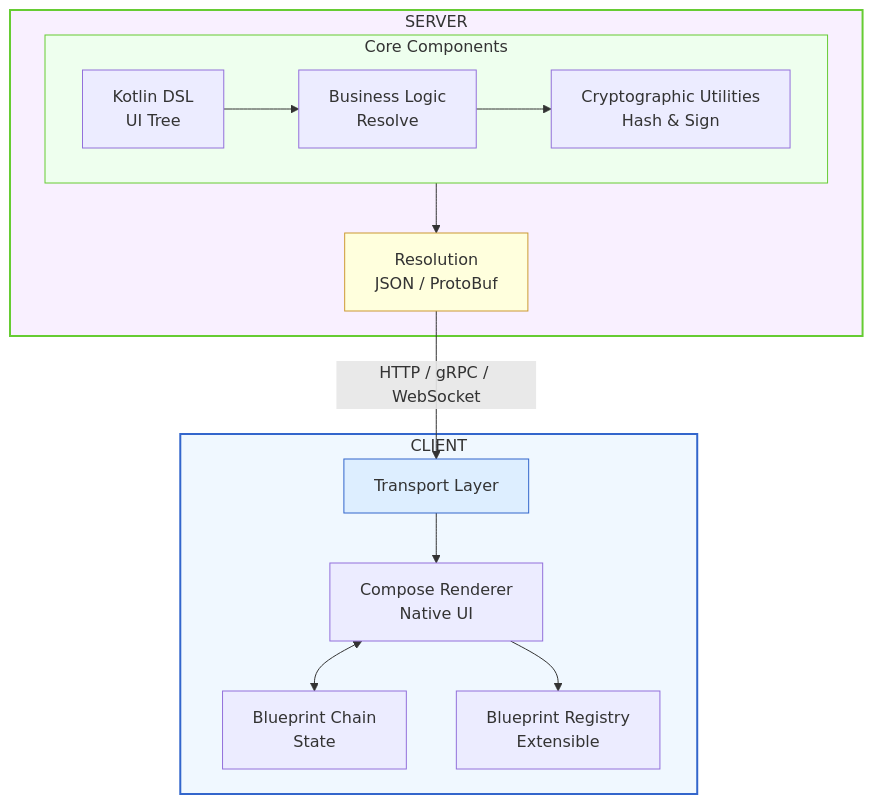
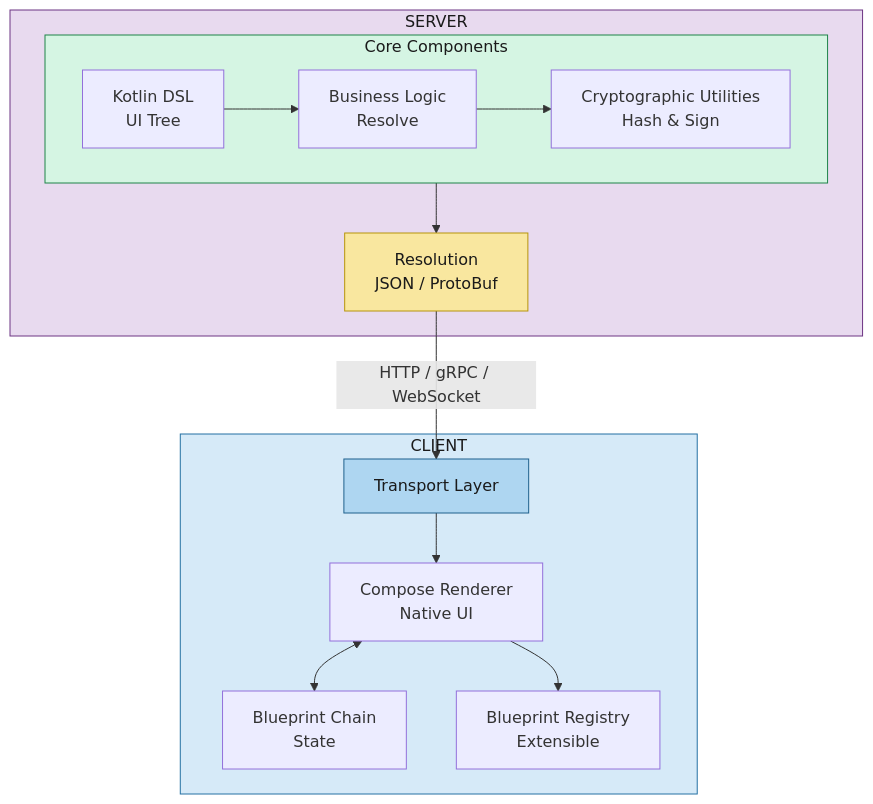
One commit to numq/blueprint changed the diagram in README.md. Above: the diagram before and after it, drawn with Mermaid.

````diff
--- a/README.md
+++ b/README.md
@@ -46,26 +46,26 @@
 ```mermaid
 graph TD
     subgraph Server [SERVER]
         subgraph ServerCore [Core Components]
             KotlinDSL[Kotlin DSL<br>UI Tree] --> BusinessLogic[Business Logic<br>Resolve]
             BusinessLogic --> CryptoUtils[Cryptographic Utilities<br>Hash & Sign]
         end
         
         ServerCore --> Resolution[Resolution<br>JSON / ProtoBuf]
     end
 
     Resolution -->|HTTP / gRPC / WebSocket| ClientTransport
 
     subgraph Client [CLIENT]
         ClientTransport[Transport Layer] --> ComposeRenderer[Compose Renderer<br>Native UI]
         
         ComposeRenderer <--> BlueprintChain[Blueprint Chain<br>State]
         ComposeRenderer --> BlueprintRegistry[Blueprint Registry<br>Extensible]
     end
 
-    style Server fill:#f9f0ff,stroke:#6c3,stroke-width:2px
-    style Client fill:#f0f8ff,stroke:#36c,stroke-width:2px
-    style ServerCore fill:#efe,stroke:#6c3
-    style Resolution fill:#ffd,stroke:#c93
-    style ClientTransport fill:#def,stroke:#36c
+    style Server fill:#e8daef,stroke:#6c3483,color:#1a1a1a
+    style Client fill:#d6eaf8,stroke:#2471a3,color:#1a1a1a
+    style ServerCore fill:#d5f5e3,stroke:#1e8449,color:#1a1a1a
+    style Resolution fill:#f9e79f,stroke:#b7950b,color:#1a1a1a
+    style ClientTransport fill:#aed6f1,stroke:#1f618d,color:#1a1a1a
 ```
````
